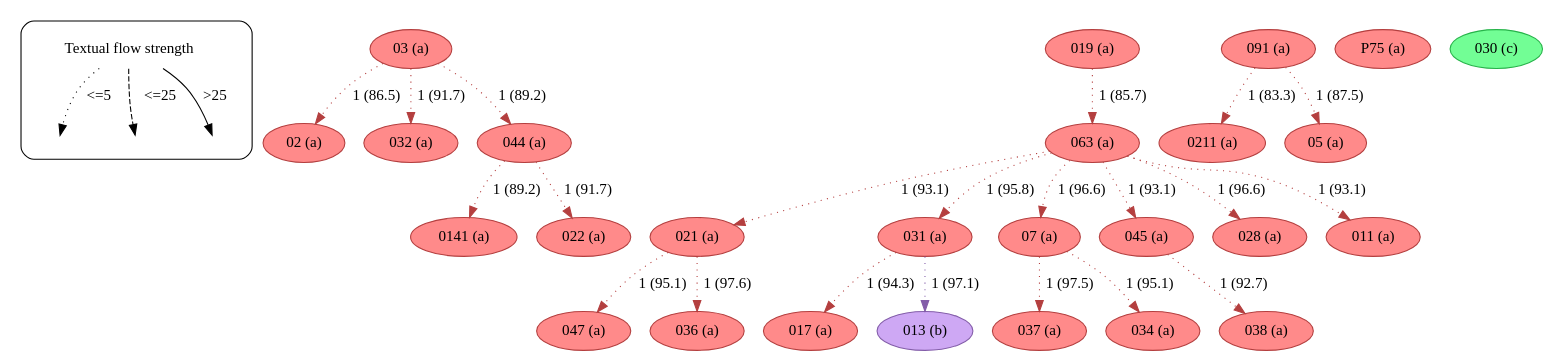
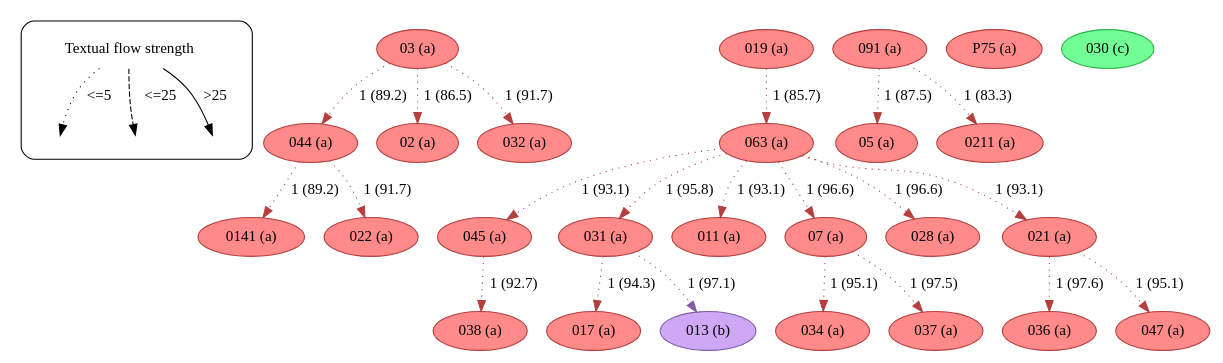
Before and after one commit to edmondac/CBGM: the diagram in example/c499/textual_flow_24_6_c499.dot, drawn with Graphviz. The commit also changed other lines of this file and 168 other files, not shown here.

```diff
--- a/example/c499/textual_flow_24_6_c499.dot
+++ b/example/c499/textual_flow_24_6_c499.dot
@@ -1,193 +1,193 @@
 strict digraph  {
 	node [label="\N"];
 	subgraph cluster_legend {
 		graph [style=rounded];
 		leg_s		 [label="Textual flow strength",
 			shape=plaintext];
 		leg_e1		 [fixedsize=True,
 			height=0.2,
 			label="",
 			style=invis];
 		leg_s -> leg_e1		 [label="<=5  ",
 			style=dotted];
 		leg_e2		 [fixedsize=True,
 			height=0.2,
 			label="",
 			style=invis];
 		leg_s -> leg_e2		 [label="  <=25",
 			style=dashed];
 		leg_e3		 [fixedsize=True,
 			height=0.2,
 			label="",
 			style=invis];
 		leg_s -> leg_e3		 [label=">25",
 			style=solid];
 	}
 	03	 [color="#b43f3f",
 		fillcolor="#FF8A8A",
 		label="03 (a)",
 		style=filled];
+	044	 [color="#b43f3f",
+		fillcolor="#FF8A8A",
+		label="044 (a)",
+		style=filled];
+	03 -> 044	 [color="#b43f3f",
+		label="1 (89.2)",
+		style=dotted];
 	02	 [color="#b43f3f",
 		fillcolor="#FF8A8A",
 		label="02 (a)",
 		style=filled];
 	03 -> 02	 [color="#b43f3f",
 		label="1 (86.5)",
 		style=dotted];
 	032	 [color="#b43f3f",
 		fillcolor="#FF8A8A",
 		label="032 (a)",
 		style=filled];
 	03 -> 032	 [color="#b43f3f",
 		label="1 (91.7)",
 		style=dotted];
-	044	 [color="#b43f3f",
+	0141	 [color="#b43f3f",
 		fillcolor="#FF8A8A",
-		label="044 (a)",
+		label="0141 (a)",
 		style=filled];
-	03 -> 044	 [color="#b43f3f",
+	044 -> 0141	 [color="#b43f3f",
 		label="1 (89.2)",
 		style=dotted];
-	021	 [color="#b43f3f",
+	022	 [color="#b43f3f",
 		fillcolor="#FF8A8A",
-		label="021 (a)",
+		label="022 (a)",
 		style=filled];
-	047	 [color="#b43f3f",
-		fillcolor="#FF8A8A",
-		label="047 (a)",
-		style=filled];
-	021 -> 047	 [color="#b43f3f",
-		label="1 (95.1)",
-		style=dotted];
-	036	 [color="#b43f3f",
-		fillcolor="#FF8A8A",
-		label="036 (a)",
-		style=filled];
-	021 -> 036	 [color="#b43f3f",
-		label="1 (97.6)",
+	044 -> 022	 [color="#b43f3f",
+		label="1 (91.7)",
 		style=dotted];
 	063	 [color="#b43f3f",
 		fillcolor="#FF8A8A",
 		label="063 (a)",
 		style=filled];
-	063 -> 021	 [color="#b43f3f",
+	045	 [color="#b43f3f",
+		fillcolor="#FF8A8A",
+		label="045 (a)",
+		style=filled];
+	063 -> 045	 [color="#b43f3f",
 		label="1 (93.1)",
 		style=dotted];
 	031	 [color="#b43f3f",
 		fillcolor="#FF8A8A",
 		label="031 (a)",
 		style=filled];
 	063 -> 031	 [color="#b43f3f",
 		label="1 (95.8)",
 		style=dotted];
+	011	 [color="#b43f3f",
+		fillcolor="#FF8A8A",
+		label="011 (a)",
+		style=filled];
+	063 -> 011	 [color="#b43f3f",
+		label="1 (93.1)",
+		style=dotted];
 	07	 [color="#b43f3f",
 		fillcolor="#FF8A8A",
 		label="07 (a)",
 		style=filled];
 	063 -> 07	 [color="#b43f3f",
 		label="1 (96.6)",
-		style=dotted];
-	045	 [color="#b43f3f",
-		fillcolor="#FF8A8A",
-		label="045 (a)",
-		style=filled];
-	063 -> 045	 [color="#b43f3f",
-		label="1 (93.1)",
 		style=dotted];
 	028	 [color="#b43f3f",
 		fillcolor="#FF8A8A",
 		label="028 (a)",
 		style=filled];
 	063 -> 028	 [color="#b43f3f",
 		label="1 (96.6)",
 		style=dotted];
-	011	 [color="#b43f3f",
+	021	 [color="#b43f3f",
 		fillcolor="#FF8A8A",
-		label="011 (a)",
+		label="021 (a)",
 		style=filled];
-	063 -> 011	 [color="#b43f3f",
+	063 -> 021	 [color="#b43f3f",
 		label="1 (93.1)",
+		style=dotted];
+	038	 [color="#b43f3f",
+		fillcolor="#FF8A8A",
+		label="038 (a)",
+		style=filled];
+	045 -> 038	 [color="#b43f3f",
+		label="1 (92.7)",
 		style=dotted];
 	017	 [color="#b43f3f",
 		fillcolor="#FF8A8A",
 		label="017 (a)",
 		style=filled];
 	031 -> 017	 [color="#b43f3f",
 		label="1 (94.3)",
 		style=dotted];
 	013	 [color="#835da9",
 		fillcolor="#CEA8F4",
 		label="013 (b)",
 		style=filled];
 	031 -> 013	 [color="#835da9",
 		label="1 (97.1)",
 		style=dotted];
+	034	 [color="#b43f3f",
+		fillcolor="#FF8A8A",
+		label="034 (a)",
+		style=filled];
+	07 -> 034	 [color="#b43f3f",
+		label="1 (95.1)",
+		style=dotted];
 	037	 [color="#b43f3f",
 		fillcolor="#FF8A8A",
 		label="037 (a)",
 		style=filled];
 	07 -> 037	 [color="#b43f3f",
 		label="1 (97.5)",
 		style=dotted];
-	034	 [color="#b43f3f",
+	036	 [color="#b43f3f",
 		fillcolor="#FF8A8A",
-		label="034 (a)",
+		label="036 (a)",
 		style=filled];
-	07 -> 034	 [color="#b43f3f",
+	021 -> 036	 [color="#b43f3f",
+		label="1 (97.6)",
+		style=dotted];
+	047	 [color="#b43f3f",
+		fillcolor="#FF8A8A",
+		label="047 (a)",
+		style=filled];
+	021 -> 047	 [color="#b43f3f",
 		label="1 (95.1)",
-		style=dotted];
-	091	 [color="#b43f3f",
-		fillcolor="#FF8A8A",
-		label="091 (a)",
-		style=filled];
-	0211	 [color="#b43f3f",
-		fillcolor="#FF8A8A",
-		label="0211 (a)",
-		style=filled];
-	091 -> 0211	 [color="#b43f3f",
-		label="1 (83.3)",
-		style=dotted];
-	05	 [color="#b43f3f",
-		fillcolor="#FF8A8A",
-		label="05 (a)",
-		style=filled];
-	091 -> 05	 [color="#b43f3f",
-		label="1 (87.5)",
 		style=dotted];
 	019	 [color="#b43f3f",
 		fillcolor="#FF8A8A",
 		label="019 (a)",
 		style=filled];
 	019 -> 063	 [color="#b43f3f",
 		label="1 (85.7)",
 		style=dotted];
-	038	 [color="#b43f3f",
+	091	 [color="#b43f3f",
 		fillcolor="#FF8A8A",
-		label="038 (a)",
+		label="091 (a)",
 		style=filled];
-	045 -> 038	 [color="#b43f3f",
-		label="1 (92.7)",
+	05	 [color="#b43f3f",
+		fillcolor="#FF8A8A",
+		label="05 (a)",
+		style=filled];
+	091 -> 05	 [color="#b43f3f",
+		label="1 (87.5)",
 		style=dotted];
-	0141	 [color="#b43f3f",
+	0211	 [color="#b43f3f",
 		fillcolor="#FF8A8A",
-		label="0141 (a)",
+		label="0211 (a)",
 		style=filled];
-	044 -> 0141	 [color="#b43f3f",
-		label="1 (89.2)",
-		style=dotted];
-	022	 [color="#b43f3f",
-		fillcolor="#FF8A8A",
-		label="022 (a)",
-		style=filled];
-	044 -> 022	 [color="#b43f3f",
-		label="1 (91.7)",
+	091 -> 0211	 [color="#b43f3f",
+		label="1 (83.3)",
 		style=dotted];
 	P75	 [color="#b43f3f",
 		fillcolor="#FF8A8A",
 		label="P75 (a)",
 		style=filled];
 	030	 [color="#27b34a",
 		fillcolor="#72FE95",
 		label="030 (c)",
 		style=filled];
 }
```
